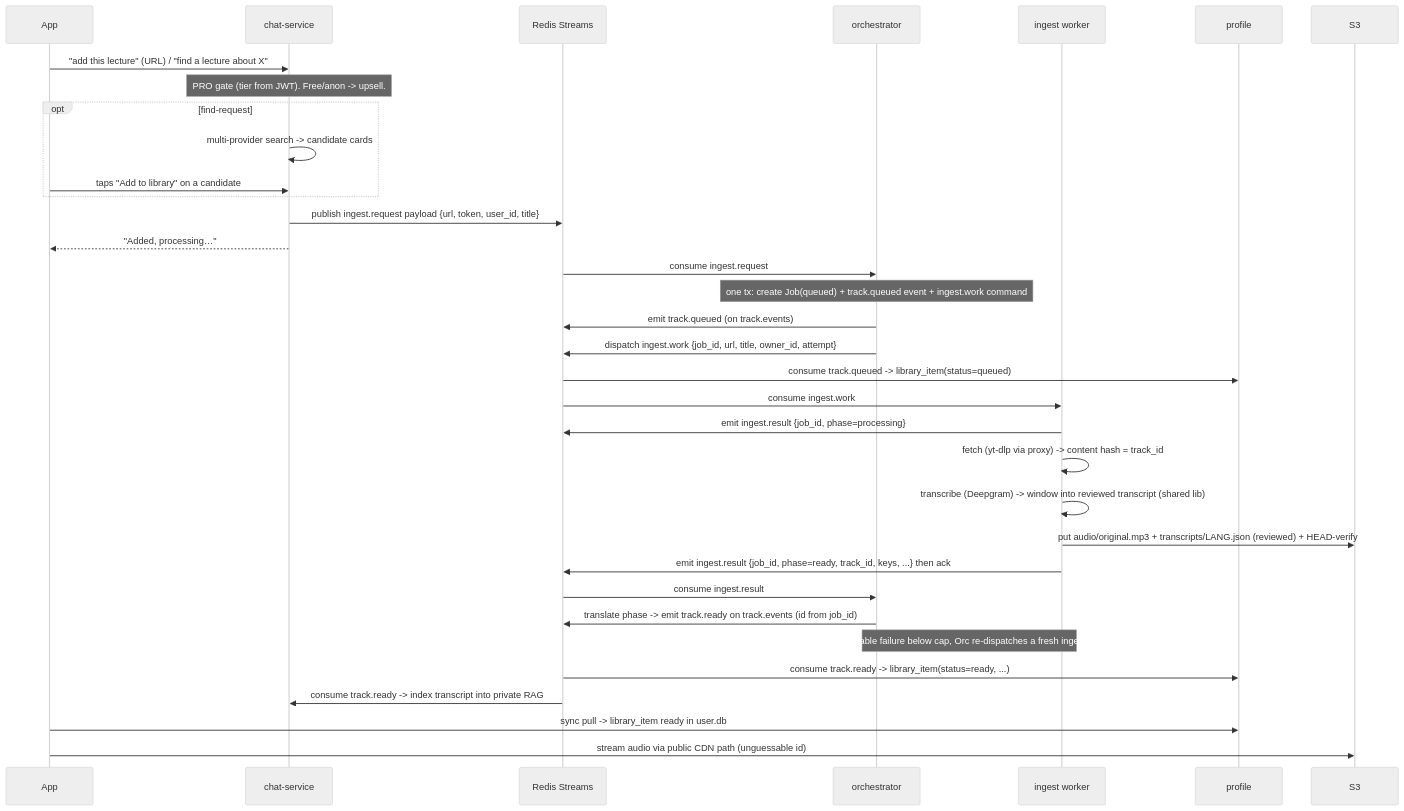
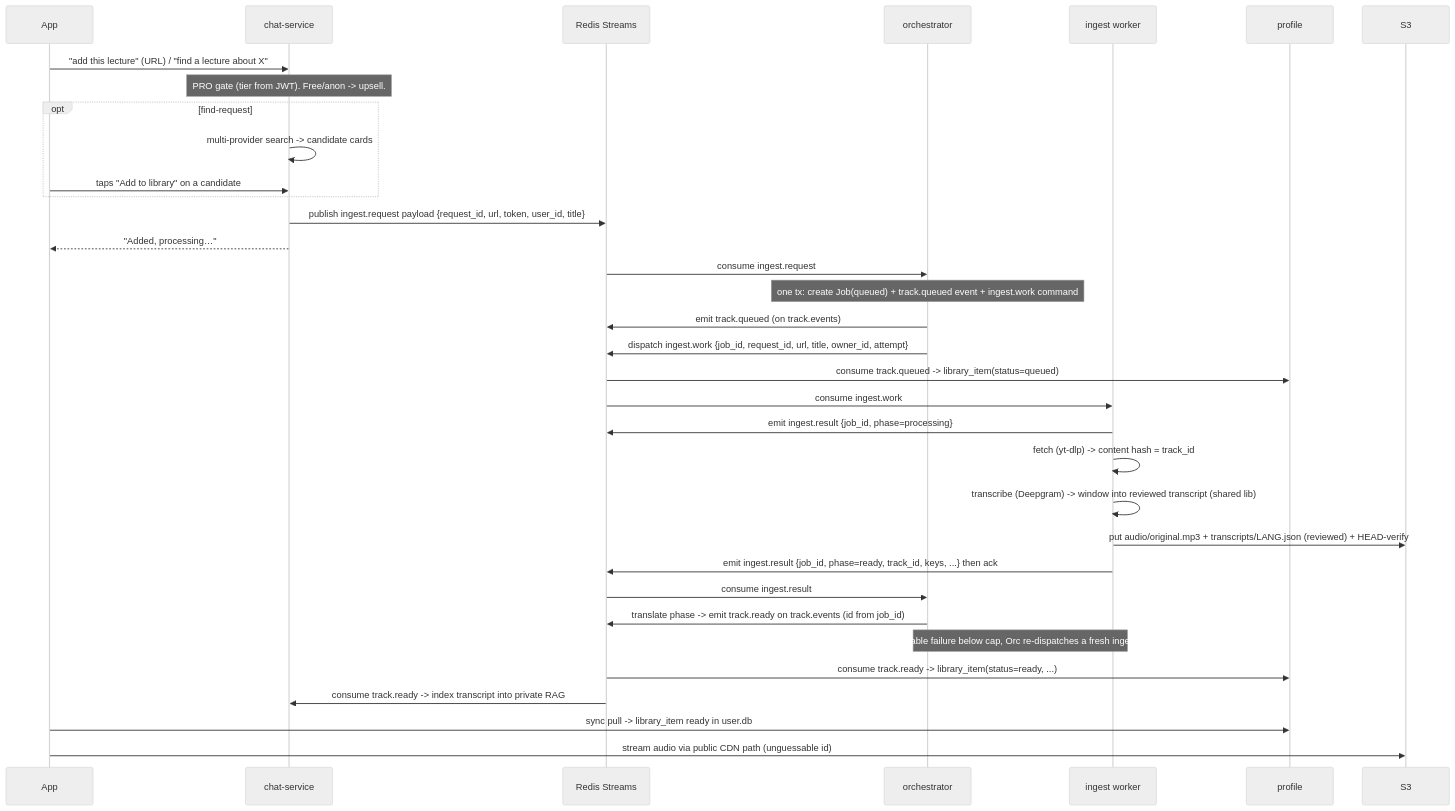
The second of 3 diagrams in docs/repos/shruti/architecture/personal-library.md (jiva-studio/shruti), drawn with Mermaid (neutral theme) before and after one commit. The commit also changed other lines of this file and 1 other file, not shown here.

First line of the commit message:
docs(personal-library): observability, deploy corrections, proxy question closed

````diff
--- a/docs/repos/shruti/architecture/personal-library.md
+++ b/docs/repos/shruti/architecture/personal-library.md
@@ -67,37 +67,37 @@
 ```mermaid
 sequenceDiagram
     participant App
     participant Chat as chat-service
     participant EV as Redis Streams
     participant Orc as orchestrator
     participant Ing as ingest worker
     participant Prof as profile
     participant S3
 
     App->>Chat: "add this lecture" (URL) / "find a lecture about X"
     Note over Chat: PRO gate (tier from JWT). Free/anon -> upsell.
     opt find-request
         Chat->>Chat: multi-provider search -> candidate cards
         App->>Chat: taps "Add to library" on a candidate
     end
-    Chat->>EV: publish ingest.request payload {url, token, user_id, title}
+    Chat->>EV: publish ingest.request payload {request_id, url, token, user_id, title}
     Chat-->>App: "Added, processing…"
     EV->>Orc: consume ingest.request
     Note over Orc: one tx: create Job(queued) + track.queued event + ingest.work command
     Orc->>EV: emit track.queued (on track.events)
-    Orc->>EV: dispatch ingest.work {job_id, url, title, owner_id, attempt}
+    Orc->>EV: dispatch ingest.work {job_id, request_id, url, title, owner_id, attempt}
     EV->>Prof: consume track.queued -> library_item(status=queued)
     EV->>Ing: consume ingest.work
     Ing->>EV: emit ingest.result {job_id, phase=processing}
-    Ing->>Ing: fetch (yt-dlp via proxy) -> content hash = track_id
+    Ing->>Ing: fetch (yt-dlp) -> content hash = track_id
     Ing->>Ing: transcribe (Deepgram) -> window into reviewed transcript (shared lib)
     Ing->>S3: put audio/original.mp3 + transcripts/LANG.json (reviewed) + HEAD-verify
     Ing->>EV: emit ingest.result {job_id, phase=ready, track_id, keys, ...} then ack
     EV->>Orc: consume ingest.result
     Orc->>EV: translate phase -> emit track.ready on track.events (id from job_id)
     Note over Orc,Ing: on retriable failure below cap, Orc re-dispatches a fresh ingest.work
     EV->>Prof: consume track.ready -> library_item(status=ready, ...)
     EV->>Chat: consume track.ready -> index transcript into private RAG
     App->>Prof: sync pull -> library_item ready in user.db
     App->>S3: stream audio via public CDN path (unguessable id)
 ```
````
